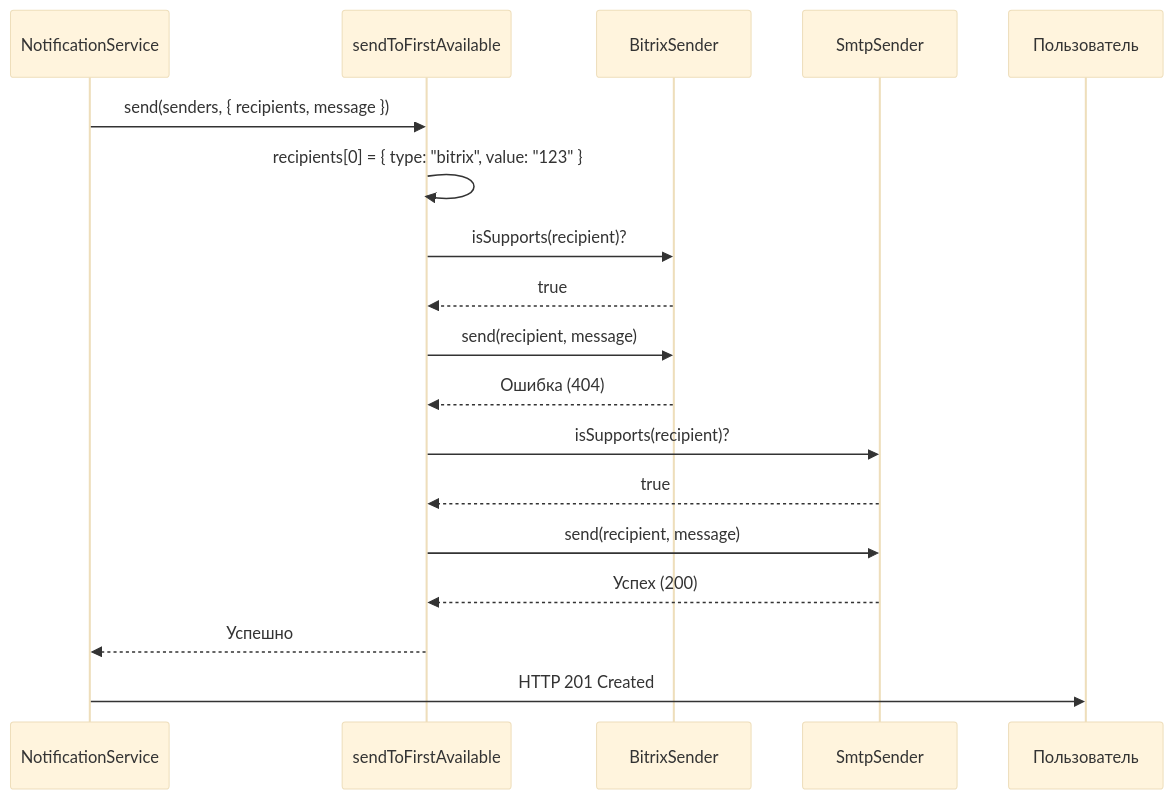
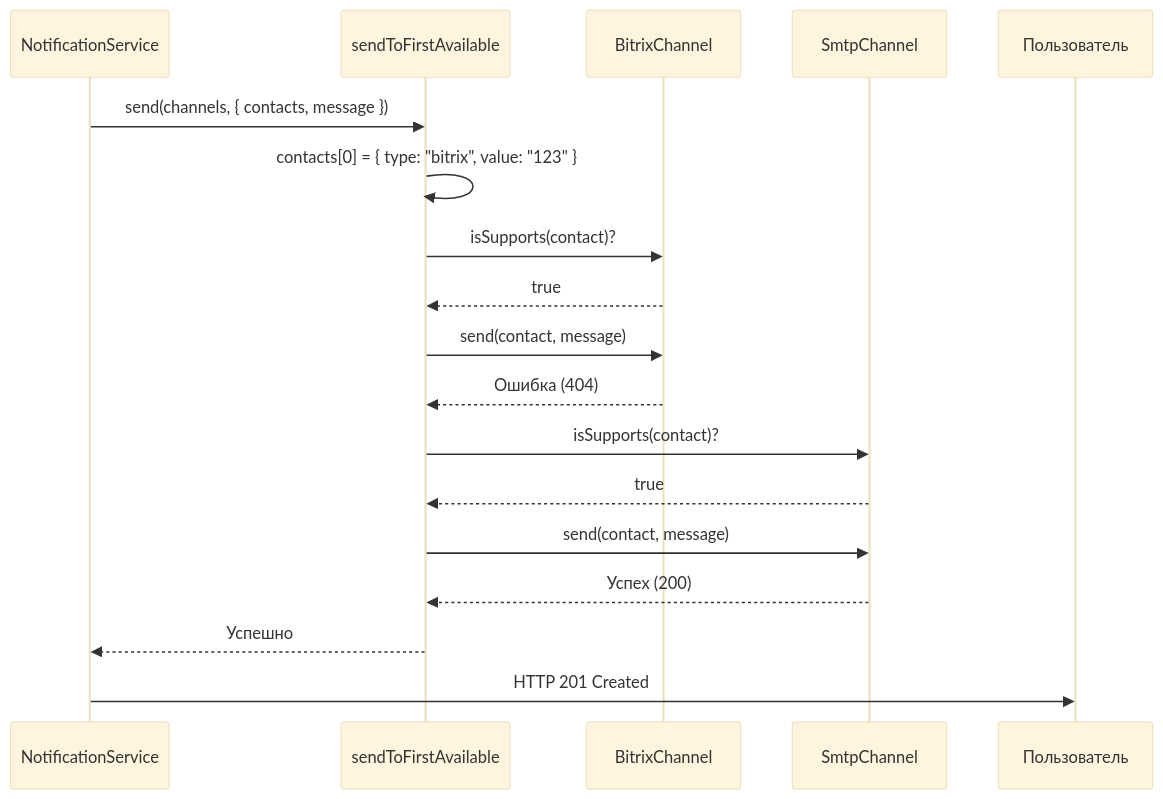
One commit to andreyantropov/notification-service changed the first of 2 diagrams in docs/architecture/strategies.md. Above: the diagram before and after it, drawn with Mermaid (base theme). The commit also changed other lines of this file and 263 other files, not shown here.

````diff
--- a/docs/architecture/strategies.md
+++ b/docs/architecture/strategies.md
@@ -74,24 +74,24 @@
 ```mermaid
 sequenceDiagram
     participant Service as NotificationService
     participant Strategy as sendToFirstAvailable
-    participant Sender1 as BitrixSender
-    participant Sender2 as SmtpSender
+    participant Channel1 as BitrixChannel
+    participant Channel2 as SmtpChannel
     participant User as Пользователь
 
-    Service->>Strategy: send(senders, { recipients, message })
-    Strategy->>Strategy: recipients[0] = { type: "bitrix", value: "123" }
+    Service->>Strategy: send(channels, { contacts, message })
+    Strategy->>Strategy: contacts[0] = { type: "bitrix", value: "123" }
 
-    Strategy->>Sender1: isSupports(recipient)?
-    Sender1-->>Strategy: true
-    Strategy->>Sender1: send(recipient, message)
-    Sender1-->>Strategy: Ошибка (404)
+    Strategy->>Channel1: isSupports(contact)?
+    Channel1-->>Strategy: true
+    Strategy->>Channel1: send(contact, message)
+    Channel1-->>Strategy: Ошибка (404)
 
-    Strategy->>Sender2: isSupports(recipient)?
-    Sender2-->>Strategy: true
-    Strategy->>Sender2: send(recipient, message)
-    Sender2-->>Strategy: Успех (200)
+    Strategy->>Channel2: isSupports(contact)?
+    Channel2-->>Strategy: true
+    Strategy->>Channel2: send(contact, message)
+    Channel2-->>Strategy: Успех (200)
 
     Strategy-->>Service: Успешно
     Service->>User: HTTP 201 Created
 ```
````
